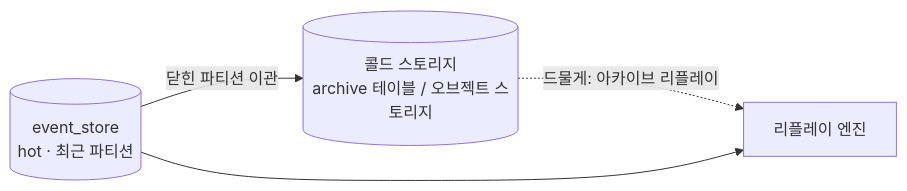
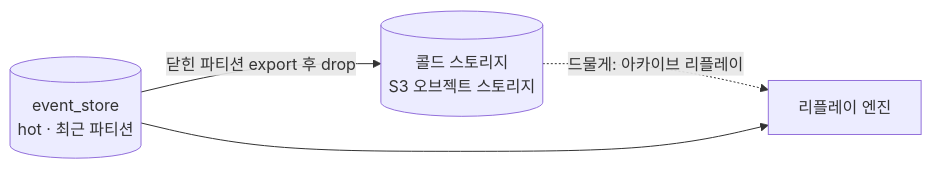
Before and after one commit to newkayak12/prototype-reservation-system: the second of 3 diagrams in docs/v2/design_doc/08-event-store-lifecycle.md, drawn with Mermaid. The commit also changed other lines of this file and 45 other files, not shown here.

````diff
--- a/docs/v2/design_doc/08-event-store-lifecycle.md
+++ b/docs/v2/design_doc/08-event-store-lifecycle.md
@@ -88,6 +104,6 @@
 ```mermaid
 graph LR
-    H[(event_store<br/>hot · 최근 파티션)] -->|닫힌 파티션 이관| C[(콜드 스토리지<br/>archive 테이블 / 오브젝트 스토리지)]
+    H[(event_store<br/>hot · 최근 파티션)] -->|닫힌 파티션 export 후 drop| C[(콜드 스토리지<br/>S3 오브젝트 스토리지)]
     C -.->|드물게: 아카이브 리플레이| RP[리플레이 엔진]
     H --> RP
 ```
````
